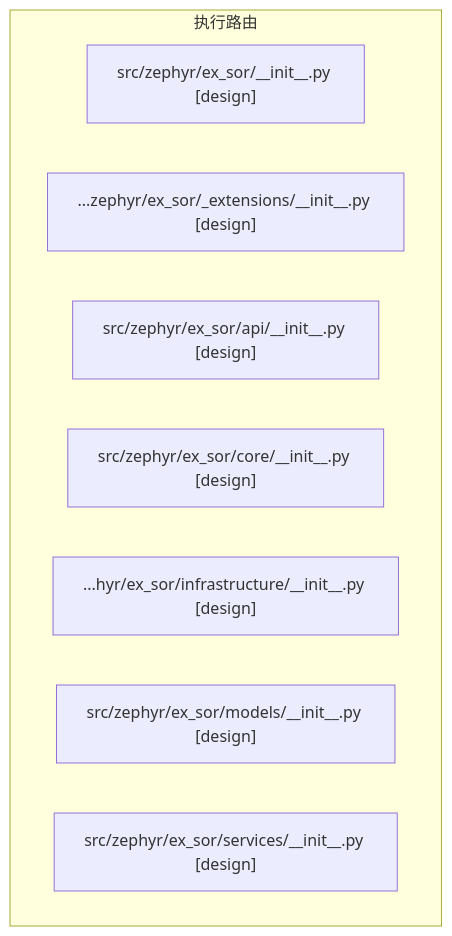
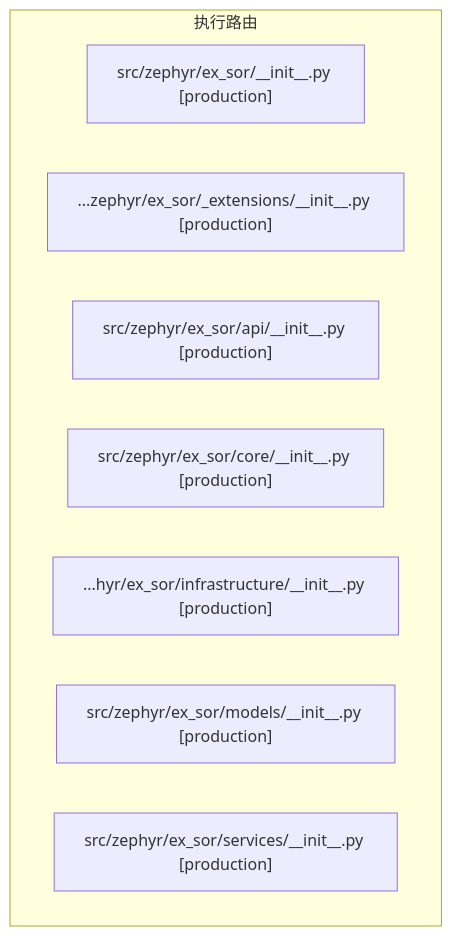
The diagram in docs/02_enterprise_architecture/generated/domains/d_ex_sor_dependency.mmd (xuanFelixVan/ZephyrAlpha), drawn with Mermaid before and after one commit. The commit also changed 128 other files, not shown here.

```diff
--- a/docs/02_enterprise_architecture/generated/domains/d_ex_sor_dependency.mmd
+++ b/docs/02_enterprise_architecture/generated/domains/d_ex_sor_dependency.mmd
@@ -1,28 +1,28 @@
 %% D_EX_SOR 域全景依赖图
-%% 生成时间: 2026-07-19 07:51:15
+%% 生成时间: 2026-07-24 04:18:32
 %% 数据源: depgraph (PostgreSQL) nodes表 + edges表
 %% 模块数: 7, 依赖边数: 0
 
 graph TD
 
     %% 域内模块（最多显示 100 个）
     subgraph D_EX_SOR[执行路由]
-        src_zephyr_ex_sor___init___py["src/zephyr/ex_sor/__init__.py [design]"]
-        src_zephyr_ex_sor__extensions___init___py["...zephyr/ex_sor/_extensions/__init__.py [design]"]
-        src_zephyr_ex_sor_api___init___py["src/zephyr/ex_sor/api/__init__.py [design]"]
-        src_zephyr_ex_sor_core___init___py["src/zephyr/ex_sor/core/__init__.py [design]"]
-        src_zephyr_ex_sor_infrastructure___init___py["...hyr/ex_sor/infrastructure/__init__.py [design]"]
-        src_zephyr_ex_sor_models___init___py["src/zephyr/ex_sor/models/__init__.py [design]"]
-        src_zephyr_ex_sor_services___init___py["src/zephyr/ex_sor/services/__init__.py [design]"]
+        src_zephyr_ex_sor___init___py["src/zephyr/ex_sor/__init__.py [production]"]
+        src_zephyr_ex_sor__extensions___init___py["...zephyr/ex_sor/_extensions/__init__.py [production]"]
+        src_zephyr_ex_sor_api___init___py["src/zephyr/ex_sor/api/__init__.py [production]"]
+        src_zephyr_ex_sor_core___init___py["src/zephyr/ex_sor/core/__init__.py [production]"]
+        src_zephyr_ex_sor_infrastructure___init___py["...hyr/ex_sor/infrastructure/__init__.py [production]"]
+        src_zephyr_ex_sor_models___init___py["src/zephyr/ex_sor/models/__init__.py [production]"]
+        src_zephyr_ex_sor_services___init___py["src/zephyr/ex_sor/services/__init__.py [production]"]
     end
 
     %% 域内依赖（最多显示 80 条）
 
     %% 跨域依赖（入）- 最多显示 30 条
 
     %% 跨域依赖（出）- 最多显示 30 条
 
     %% 统计
     %% 域内依赖: 0 条
     %% 跨域入边: 0 条
     %% 跨域出边: 0 条
```
